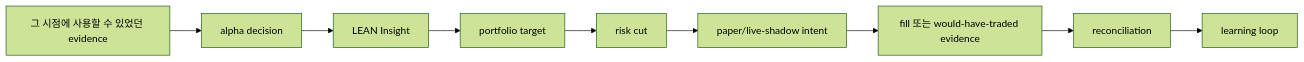
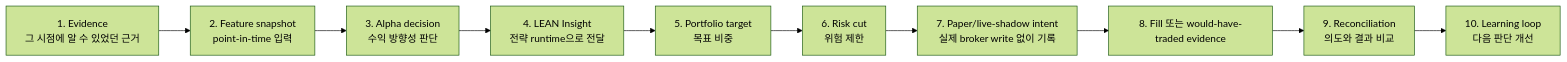
The first of 7 diagrams in result.md (gigio1023/lincei-quant-research-engine), drawn with Mermaid (forest theme) before and after one commit. The commit also changed other lines of this file, not shown here.

````diff
--- a/result.md
+++ b/result.md
@@ -13,11 +17,12 @@
 ```mermaid
 flowchart LR
-    A["그 시점에 사용할 수 있었던 evidence"] --> B["alpha decision"]
-    B --> C["LEAN Insight"]
-    C --> D["portfolio target"]
-    D --> E["risk cut"]
-    E --> F["paper/live-shadow intent"]
-    F --> G["fill 또는 would-have-traded evidence"]
-    G --> H["reconciliation"]
-    H --> I["learning loop"]
+    A["1. Evidence<br/>그 시점에 알 수 있었던 근거"] --> B["2. Feature snapshot<br/>point-in-time 입력"]
+    B --> C["3. Alpha decision<br/>수익 방향성 판단"]
+    C --> D["4. LEAN Insight<br/>전략 runtime으로 전달"]
+    D --> E["5. Portfolio target<br/>목표 비중"]
+    E --> F["6. Risk cut<br/>위험 제한"]
+    F --> G["7. Paper/live-shadow intent<br/>실제 broker write 없이 기록"]
+    G --> H["8. Fill 또는 would-have-traded evidence"]
+    H --> I["9. Reconciliation<br/>의도와 결과 비교"]
+    I --> J["10. Learning loop<br/>다음 판단 개선"]
 ```
````
